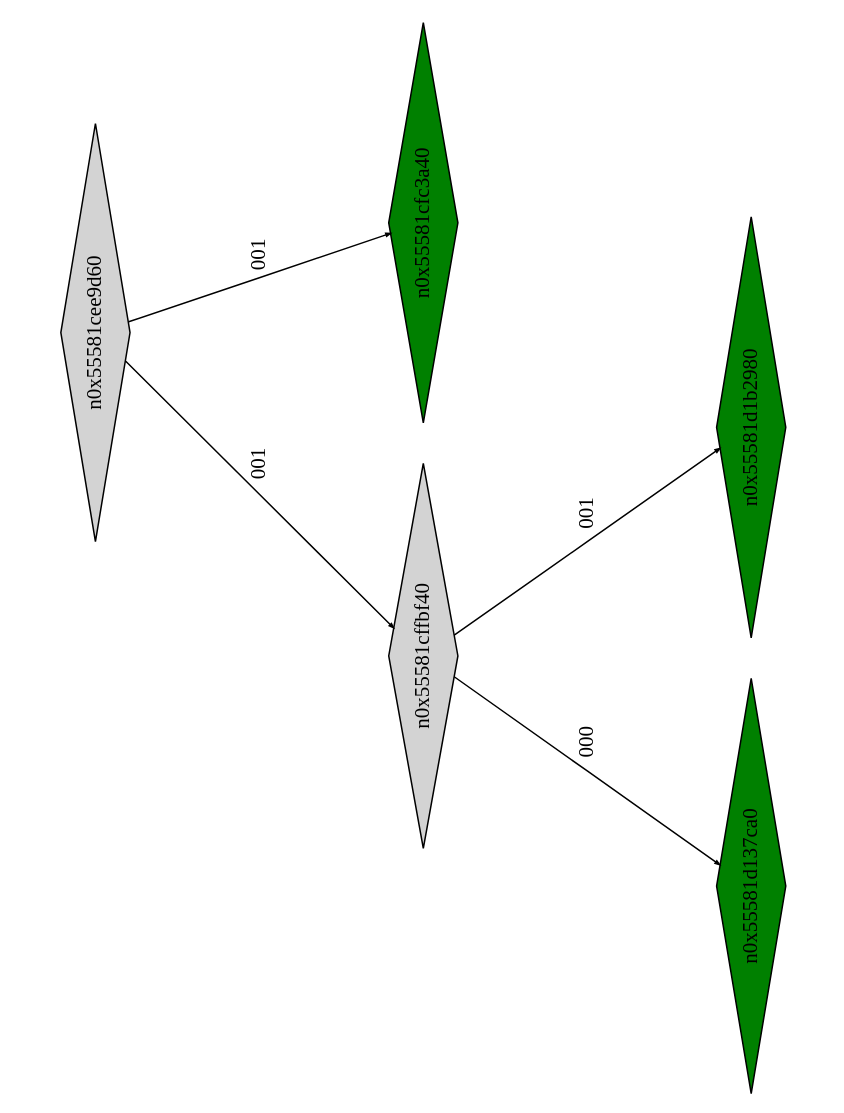
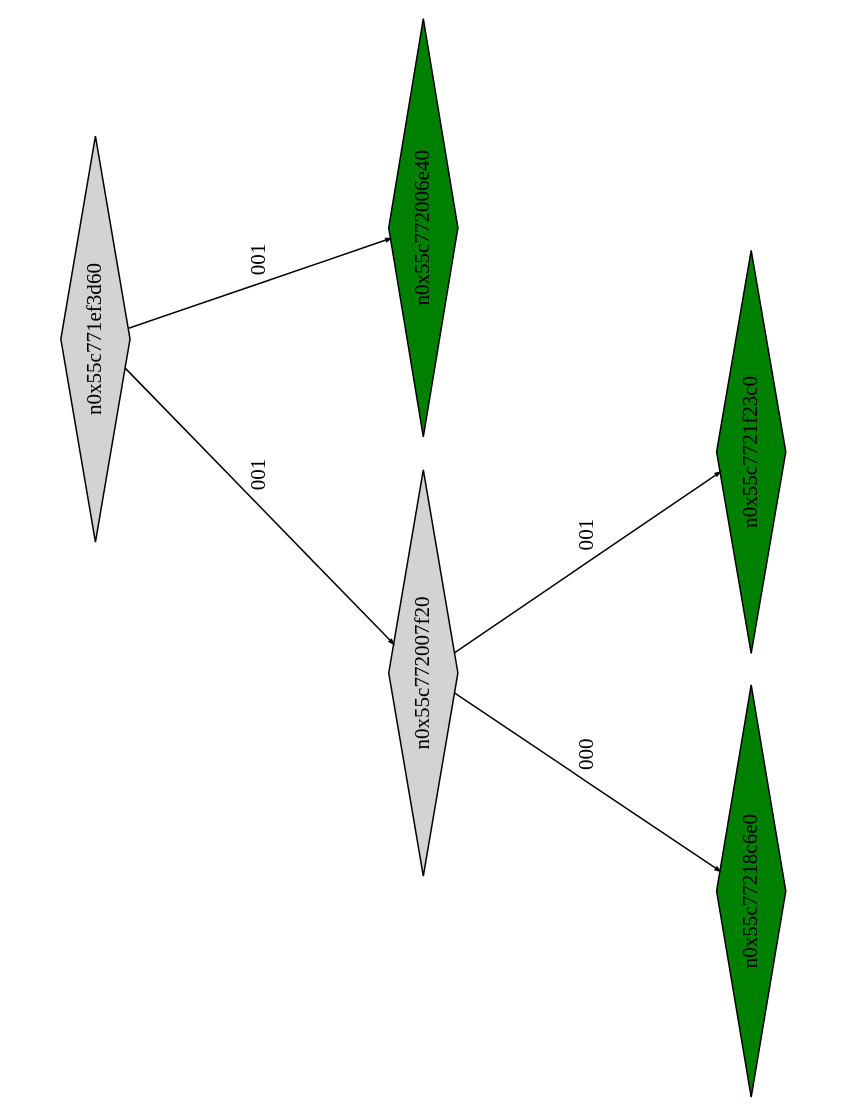
One commit to Research-Tools-PAVT/PSE-Program-Examples changed the diagram in example2_klee_out/ptree_00000135.dot. Above: the diagram before and after it, drawn with Graphviz. The commit also changed 1681 other files, not shown here.

```diff
--- a/example2_klee_out/ptree_00000135.dot
+++ b/example2_klee_out/ptree_00000135.dot
@@ -1,17 +1,17 @@
 digraph G {
 	size="10,7.5";
 	ratio=fill;
 	rotate=90;
 	center = "true";
 	node [style="filled",width=.1,height=.1,fontname="Terminus"]
 	edge [arrowsize=.3]
-	n0x55581cee9d60 [shape=diamond];
-	n0x55581cee9d60 -> n0x55581cffbf40 [label=001];
-	n0x55581cee9d60 -> n0x55581cfc3a40 [label=001];
-	n0x55581cfc3a40 [shape=diamond,fillcolor=green];
-	n0x55581cffbf40 [shape=diamond];
-	n0x55581cffbf40 -> n0x55581d137ca0 [label=000];
-	n0x55581cffbf40 -> n0x55581d1b2980 [label=001];
-	n0x55581d1b2980 [shape=diamond,fillcolor=green];
-	n0x55581d137ca0 [shape=diamond,fillcolor=green];
+	n0x55c771ef3d60 [shape=diamond];
+	n0x55c771ef3d60 -> n0x55c772007f20 [label=001];
+	n0x55c771ef3d60 -> n0x55c772006e40 [label=001];
+	n0x55c772006e40 [shape=diamond,fillcolor=green];
+	n0x55c772007f20 [shape=diamond];
+	n0x55c772007f20 -> n0x55c77218c6e0 [label=000];
+	n0x55c772007f20 -> n0x55c7721f23c0 [label=001];
+	n0x55c7721f23c0 [shape=diamond,fillcolor=green];
+	n0x55c77218c6e0 [shape=diamond,fillcolor=green];
 }
```
